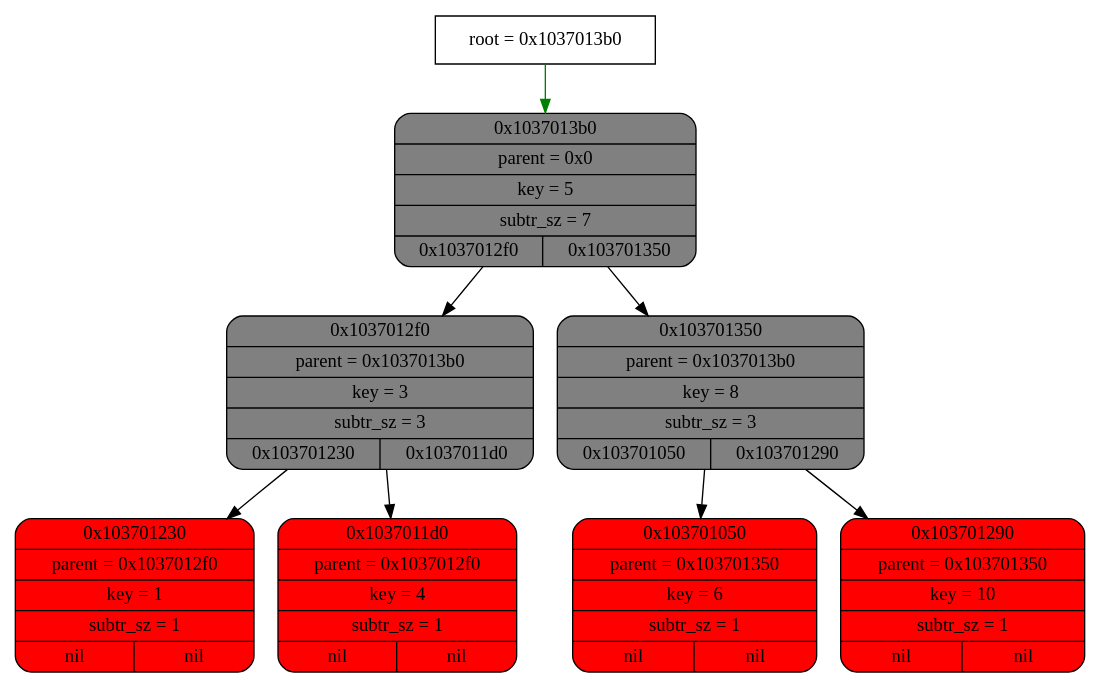
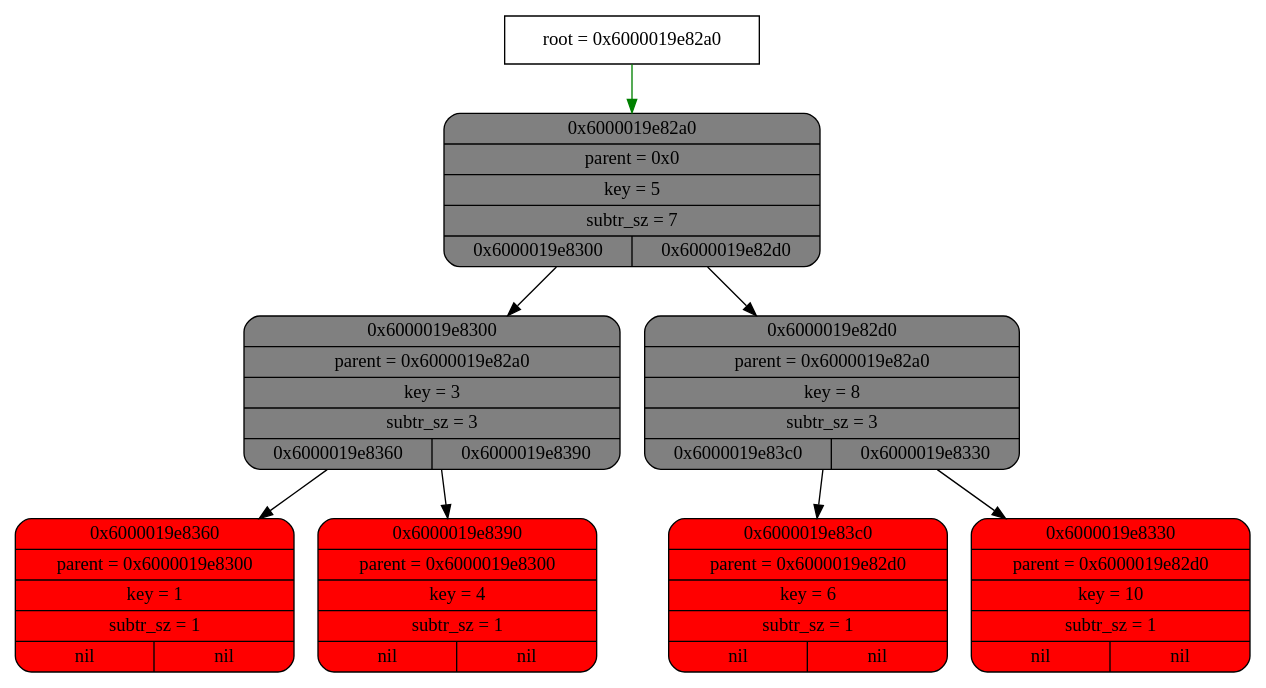
The diagram in tmp/graphviz.dot (esgalimov/tree), drawn with Graphviz before and after one commit. The commit also changed 21 other files, not shown here.

```diff
--- a/tmp/graphviz.dot
+++ b/tmp/graphviz.dot
@@ -1,27 +1,27 @@
 digraph
 {
-    node_info[shape = record, label = "{root = 0x1037013b0}"];
+    node_info[shape = record, label = "{root = 0x6000019e82a0}"];
 
-    node_info->node_0x1037013b0 [color = "green"];
-    node_0x1037013b0[shape = Mrecord, label = "{{0x1037013b0} | {parent =  0x0} | {key = 5} | {subtr_sz = 7} | {0x1037012f0| 0x103701350}}",
+    node_info->node_0x6000019e82a0 [color = "green"];
+    node_0x6000019e82a0[shape = Mrecord, label = "{{0x6000019e82a0} | {parent =  0x0} | {key = 5} | {subtr_sz = 7} | {0x6000019e8300| 0x6000019e82d0}}",
  style="filled", fillcolor="grey"];
-    node_0x1037012f0[shape = Mrecord, label = "{{0x1037012f0} | {parent =  0x1037013b0} | {key = 3} | {subtr_sz = 3} | {0x103701230| 0x1037011d0}}",
+    node_0x6000019e8300[shape = Mrecord, label = "{{0x6000019e8300} | {parent =  0x6000019e82a0} | {key = 3} | {subtr_sz = 3} | {0x6000019e8360| 0x6000019e8390}}",
  style="filled", fillcolor="grey"];
-    node_0x103701230[shape = Mrecord, label = "{{0x103701230} | {parent =  0x1037012f0} | {key = 1} | {subtr_sz = 1} | {nil | nil}}",
+    node_0x6000019e8360[shape = Mrecord, label = "{{0x6000019e8360} | {parent =  0x6000019e8300} | {key = 1} | {subtr_sz = 1} | {nil | nil}}",
  style="filled", fillcolor="red"];
-    node_0x1037011d0[shape = Mrecord, label = "{{0x1037011d0} | {parent =  0x1037012f0} | {key = 4} | {subtr_sz = 1} | {nil | nil}}",
+    node_0x6000019e8390[shape = Mrecord, label = "{{0x6000019e8390} | {parent =  0x6000019e8300} | {key = 4} | {subtr_sz = 1} | {nil | nil}}",
  style="filled", fillcolor="red"];
-    node_0x103701350[shape = Mrecord, label = "{{0x103701350} | {parent =  0x1037013b0} | {key = 8} | {subtr_sz = 3} | {0x103701050| 0x103701290}}",
+    node_0x6000019e82d0[shape = Mrecord, label = "{{0x6000019e82d0} | {parent =  0x6000019e82a0} | {key = 8} | {subtr_sz = 3} | {0x6000019e83c0| 0x6000019e8330}}",
  style="filled", fillcolor="grey"];
-    node_0x103701050[shape = Mrecord, label = "{{0x103701050} | {parent =  0x103701350} | {key = 6} | {subtr_sz = 1} | {nil | nil}}",
+    node_0x6000019e83c0[shape = Mrecord, label = "{{0x6000019e83c0} | {parent =  0x6000019e82d0} | {key = 6} | {subtr_sz = 1} | {nil | nil}}",
  style="filled", fillcolor="red"];
-    node_0x103701290[shape = Mrecord, label = "{{0x103701290} | {parent =  0x103701350} | {key = 10} | {subtr_sz = 1} | {nil | nil}}",
+    node_0x6000019e8330[shape = Mrecord, label = "{{0x6000019e8330} | {parent =  0x6000019e82d0} | {key = 10} | {subtr_sz = 1} | {nil | nil}}",
  style="filled", fillcolor="red"];
-    node_0x1037013b0->node_0x1037012f0
-    node_0x1037013b0->node_0x103701350
-    node_0x103701350->node_0x103701050
-    node_0x103701350->node_0x103701290
-    node_0x1037012f0->node_0x103701230
-    node_0x1037012f0->node_0x1037011d0
+    node_0x6000019e82a0->node_0x6000019e8300
+    node_0x6000019e82a0->node_0x6000019e82d0
+    node_0x6000019e82d0->node_0x6000019e83c0
+    node_0x6000019e82d0->node_0x6000019e8330
+    node_0x6000019e8300->node_0x6000019e8360
+    node_0x6000019e8300->node_0x6000019e8390
 
 }
```
